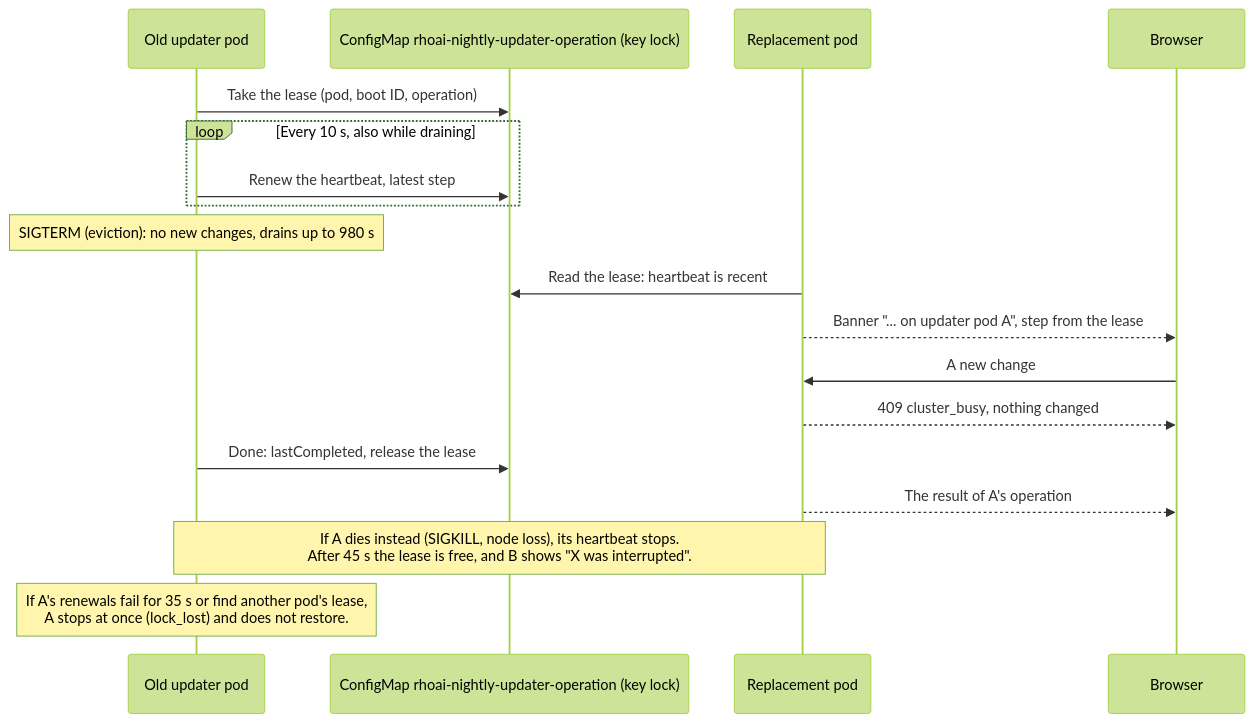
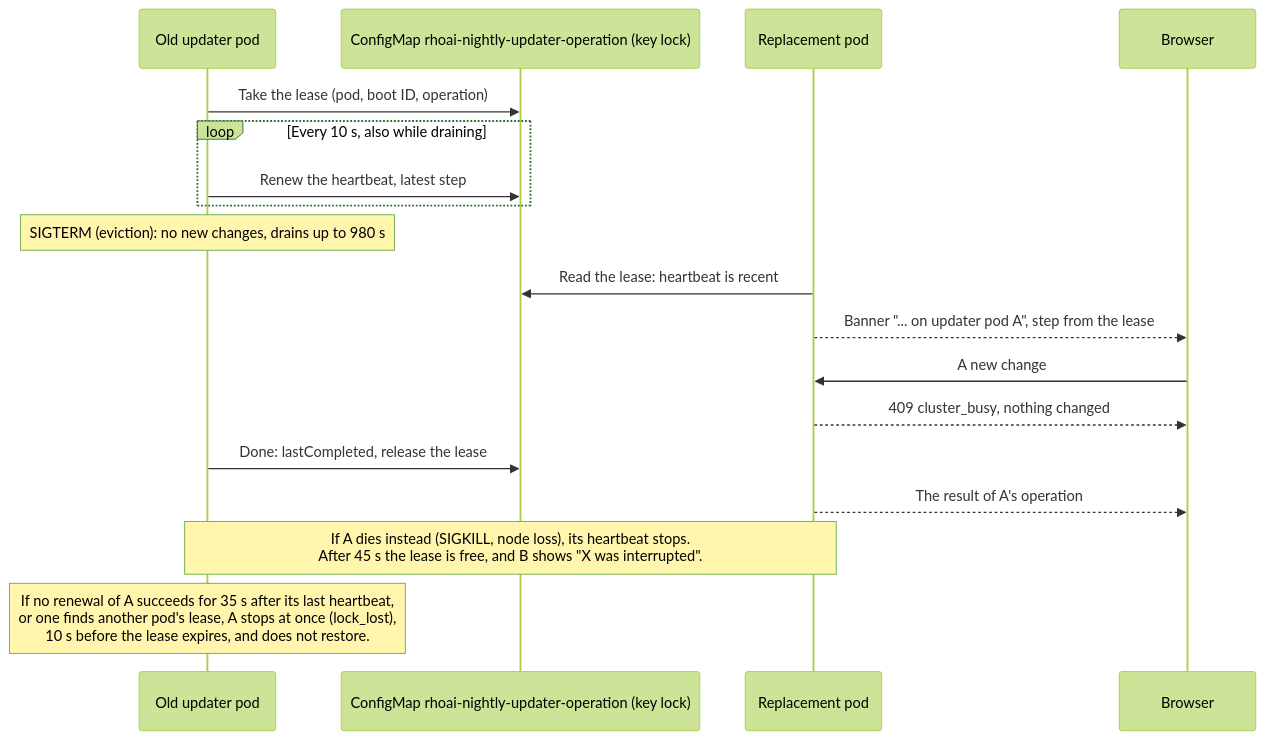
Before and after one commit to DaoDaoNoCode/rhoai-nightly-updater: the first of 3 diagrams in RUNBOOK.md, drawn with Mermaid (forest theme). The commit also changed other lines of this file and 2 other files, not shown here.

Commit message:
docs: the lease stops 10s before it expires; how beat synchronises
RUNBOOK's lock_lost entry and its sequence diagram: the 35s count from
the heartbeat of the last successful renewal, the time other pods
compare with the 45s TTL, and the stop comes at that instant, also while
a renewal is in flight, 10s before another pod may take the lease over.
CHANGELOG: the fix. CONTRIBUTING: fakeRecord.beat waits with
testClock.WaitForTicksHandled until the heartbeat handled the tick, not
only for its lease write.

````diff
--- a/RUNBOOK.md
+++ b/RUNBOOK.md
@@ -189,20 +189,20 @@
 ```mermaid
 sequenceDiagram
   participant A as Old updater pod
   participant L as ConfigMap rhoai-nightly-updater-operation (key lock)
   participant B as Replacement pod
   participant U as Browser
   A->>L: Take the lease (pod, boot ID, operation)
   loop Every 10 s, also while draining
     A->>L: Renew the heartbeat, latest step
   end
   Note over A: SIGTERM (eviction): no new changes, drains up to 980 s
   B->>L: Read the lease: heartbeat is recent
   B-->>U: Banner "... on updater pod A", step from the lease
   U->>B: A new change
   B-->>U: 409 cluster_busy, nothing changed
   A->>L: Done: lastCompleted, release the lease
   B-->>U: The result of A's operation
   Note over A,B: If A dies instead (SIGKILL, node loss), its heartbeat stops.<br>After 45 s the lease is free, and B shows "X was interrupted".
-  Note over A: If A's renewals fail for 35 s or find another pod's lease,<br>A stops at once (lock_lost) and does not restore.
+  Note over A: If no renewal of A succeeds for 35 s after its last heartbeat,<br>or one finds another pod's lease, A stops at once (lock_lost),<br>10 s before the lease expires, and does not restore.
 ```
````
